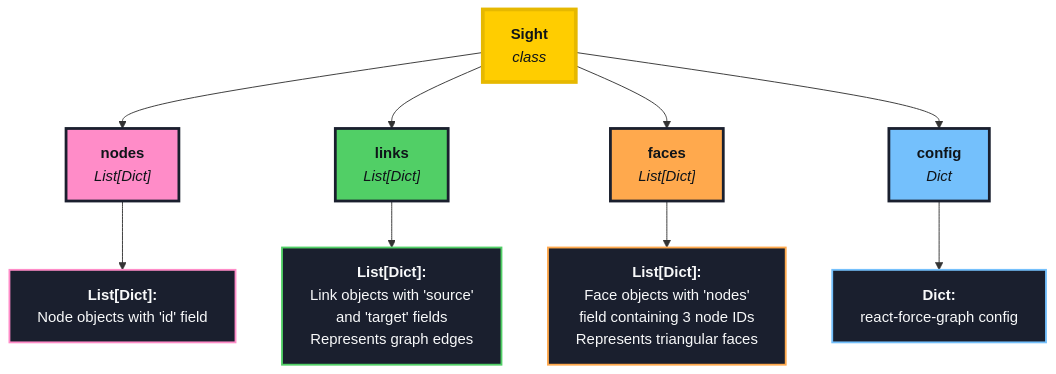
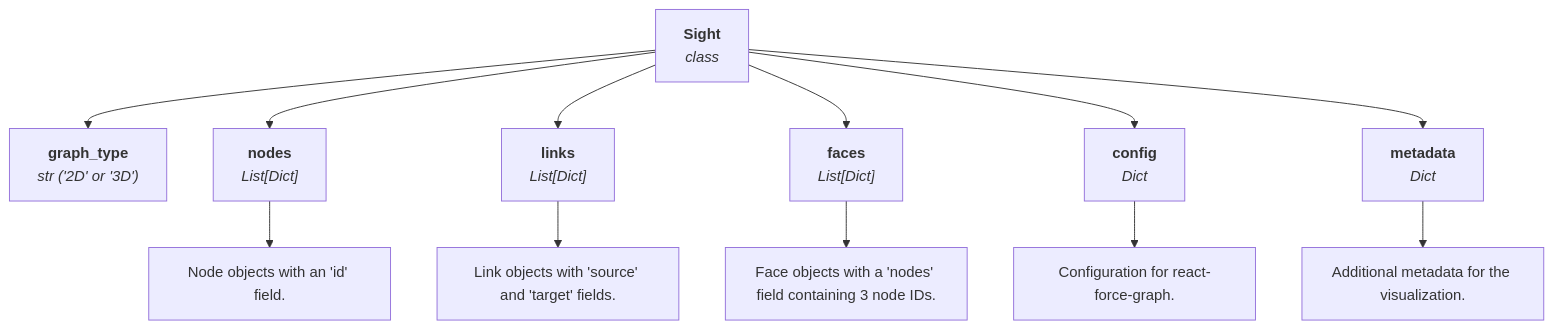
The diagram in README.md (Jamiller137/zen-sight), drawn with Mermaid before and after one commit. The commit also changed other lines of this file, not shown here.

````diff
--- a/README.md
+++ b/README.md
@@ -161,27 +137,15 @@
-```mermaid +render +width:100%
+```mermaid
 graph TD
-    A["<b>Sight</b><br/><i>class</i>"] --> C["<b>nodes</b><br/><i>List[Dict]</i>"]
+    A["<b>Sight</b><br/><i>class</i>"] --> B["<b>graph_type</b><br/><i>str ('2D' or '3D')</i>"]
+    A --> C["<b>nodes</b><br/><i>List[Dict]</i>"]
     A --> D["<b>links</b><br/><i>List[Dict]</i>"]
     A --> E["<b>faces</b><br/><i>List[Dict]</i>"]
     A --> F["<b>config</b><br/><i>Dict</i>"]
+    A --> G["<b>metadata</b><br/><i>Dict</i>"]
 
-    C --> C1["<b>List[Dict]:</b><br/>Node objects with 'id' field<br/>"]
-
-    D --> D1["<b>List[Dict]:</b><br/>Link objects with 'source'<br/>and 'target' fields<br/>Represents graph edges"]
-
-    E --> E1["<b>List[Dict]:</b><br/>Face objects with 'nodes'<br/>field containing 3 node IDs<br/>Represents triangular faces"]
-
-    F --> F1["<b>Dict:</b><br/>react-force-graph config"]
-
-
-
-    style A fill:#ffcd00,stroke:#e6b800,stroke-width:4px,color:#0f1419
-    style C fill:#ff8cc8,stroke:#1a1f2e,stroke-width:3px,color:#0f1419
-    style D fill:#51cf66,stroke:#1a1f2e,stroke-width:3px,color:#0f1419
-    style E fill:#ffa94d,stroke:#1a1f2e,stroke-width:3px,color:#0f1419
-    style F fill:#74c0fc,stroke:#1a1f2e,stroke-width:3px,color:#0f1419
-    style C1 fill:#1a1f2e,stroke:#ff8cc8,stroke-width:2px,color:#f8f9fa
-    style D1 fill:#1a1f2e,stroke:#51cf66,stroke-width:2px,color:#f8f9fa
-    style E1 fill:#1a1f2e,stroke:#ffa94d,stroke-width:2px,color:#f8f9fa
-    style F1 fill:#1a1f2e,stroke:#74c0fc,stroke-width:2px,color:#f8f9fa
+    C --> C1["Node objects with an 'id' field."]
+    D --> D1["Link objects with 'source' and 'target' fields."]
+    E --> E1["Face objects with a 'nodes' field containing 3 node IDs."]
+    F --> F1["Configuration for react-force-graph."]
+    G --> G1["Additional metadata for the visualization."]
 ```
````
